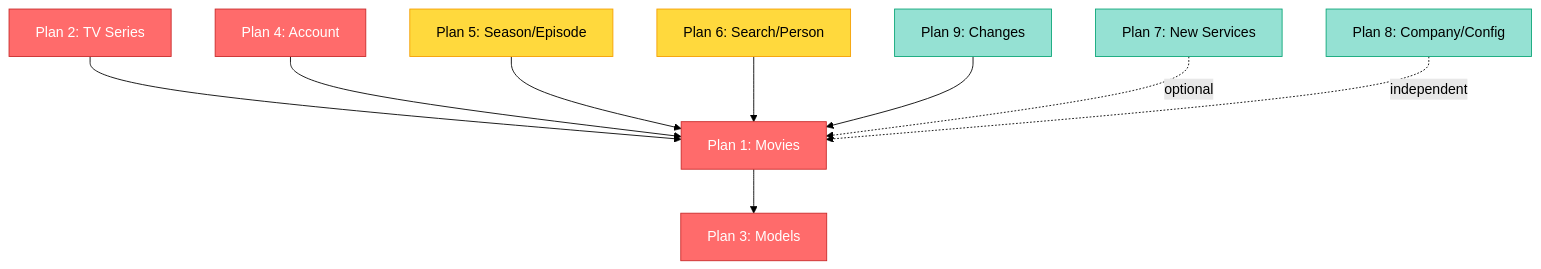
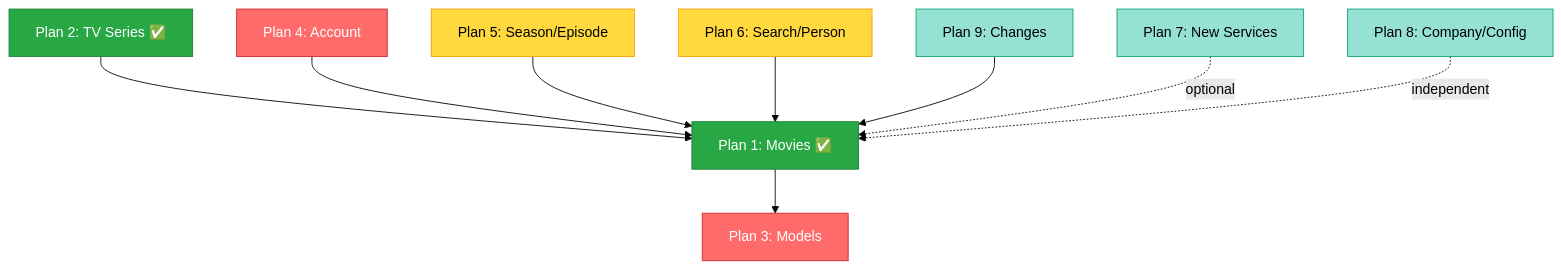
The diagram in plans/README.md (adamayoung/TMDb), drawn with Mermaid (forest theme) before and after one commit. The commit also changed other lines of this file and 52 other files, not shown here.

First line of the commit message:
✨ Add TV Series Service missing endpoints and models (#260)

````diff
--- a/plans/README.md
+++ b/plans/README.md
@@ -220,20 +219,22 @@
 ```mermaid
 graph TD
-    P1[Plan 1: Movies] --> P3[Plan 3: Models]
-    P2[Plan 2: TV Series] --> P1
+    P1[Plan 1: Movies ✅] --> P3[Plan 3: Models]
+    P2[Plan 2: TV Series ✅] --> P1
     P4[Plan 4: Account] --> P1
     P5[Plan 5: Season/Episode] --> P1
     P6[Plan 6: Search/Person] --> P1
     P9[Plan 9: Changes] --> P1
 
     P7[Plan 7: New Services] -.optional.-> P1
     P8[Plan 8: Company/Config] -.independent.-> P1
 
+    classDef done fill:#28a745,stroke:#1e7e34,color:#fff
     classDef high fill:#ff6b6b,stroke:#c92a2a,color:#fff
     classDef medium fill:#ffd93d,stroke:#f59f00,color:#000
     classDef low fill:#95e1d3,stroke:#0ca678,color:#000
 
-    class P1,P2,P3,P4 high
+    class P1,P2 done
+    class P3,P4 high
     class P5,P6 medium
     class P7,P8,P9 low
 ```
````
